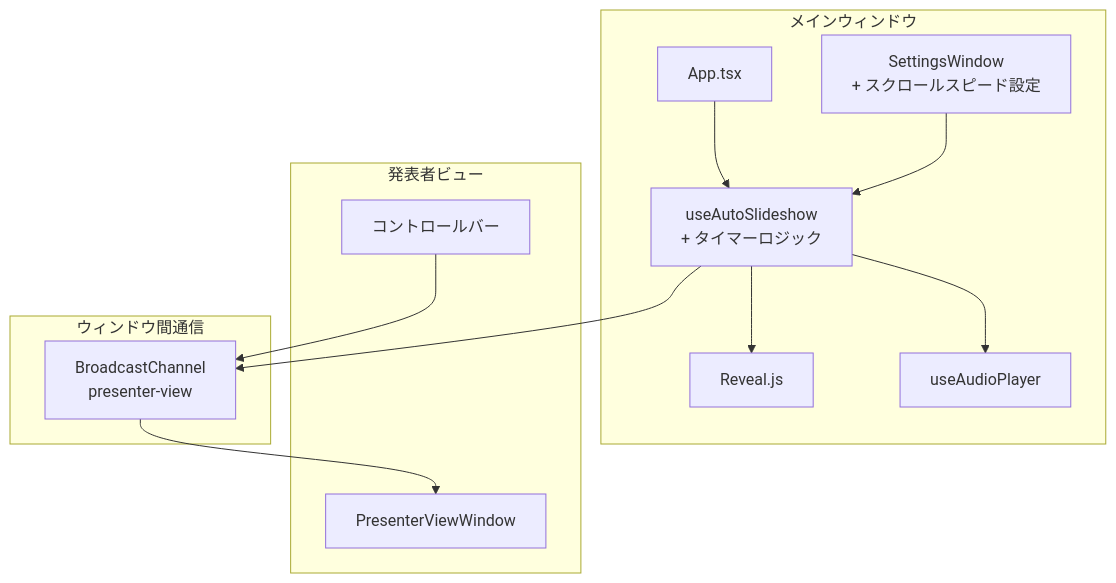
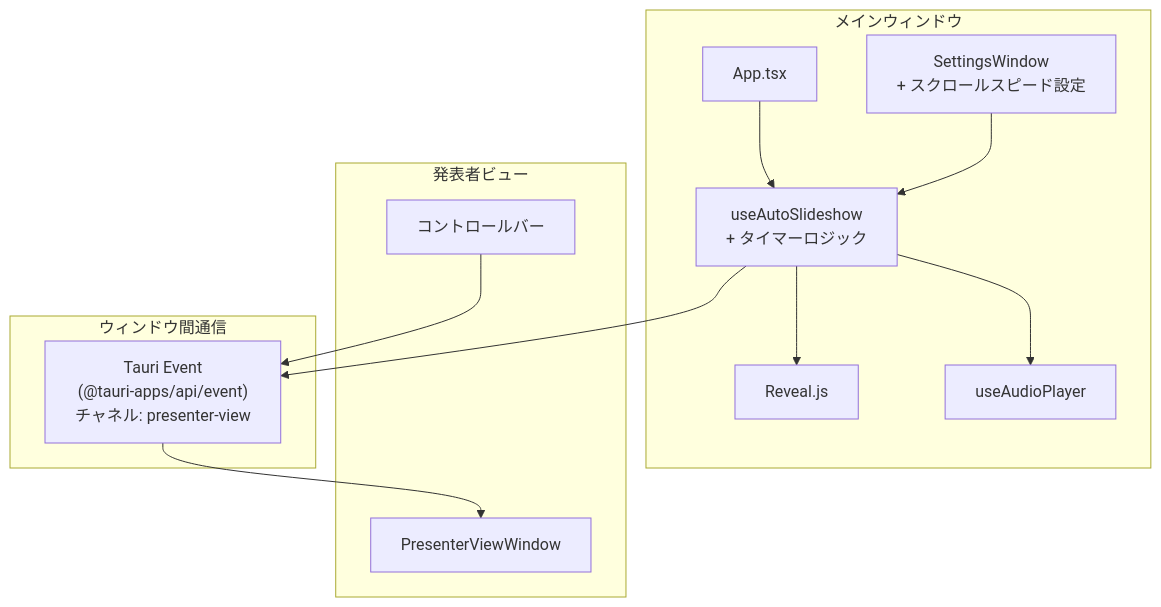
The diagram in .sdd/specification/auto-scroll-timer_design.md (ToshikiImagawa/slide-presentation-app), drawn with Mermaid before and after one commit. The commit also changed other lines of this file and 31 other files, not shown here.

````diff
--- a/.sdd/specification/auto-scroll-timer_design.md
+++ b/.sdd/specification/auto-scroll-timer_design.md
@@ -51,27 +71,27 @@
 ```mermaid
 graph TD
     subgraph "メインウィンドウ"
         App[App.tsx]
         UseAutoSlideshow[useAutoSlideshow<br/>+ タイマーロジック]
         AudioPlayer[useAudioPlayer]
         SettingsWindow[SettingsWindow<br/>+ スクロールスピード設定]
         Reveal[Reveal.js]
     end
 
     subgraph "発表者ビュー"
         PVWindow[PresenterViewWindow]
         PVControls[コントロールバー]
     end
 
     subgraph "ウィンドウ間通信"
-        BC[BroadcastChannel<br/>presenter-view]
+        Evt["Tauri Event<br/>(@tauri-apps/api/event)<br/>チャネル: presenter-view"]
     end
 
     App --> UseAutoSlideshow
     UseAutoSlideshow --> AudioPlayer
     UseAutoSlideshow --> Reveal
     SettingsWindow --> UseAutoSlideshow
-    UseAutoSlideshow --> BC
-    BC --> PVWindow
-    PVControls --> BC
+    UseAutoSlideshow --> Evt
+    Evt --> PVWindow
+    PVControls --> Evt
 ```
````
